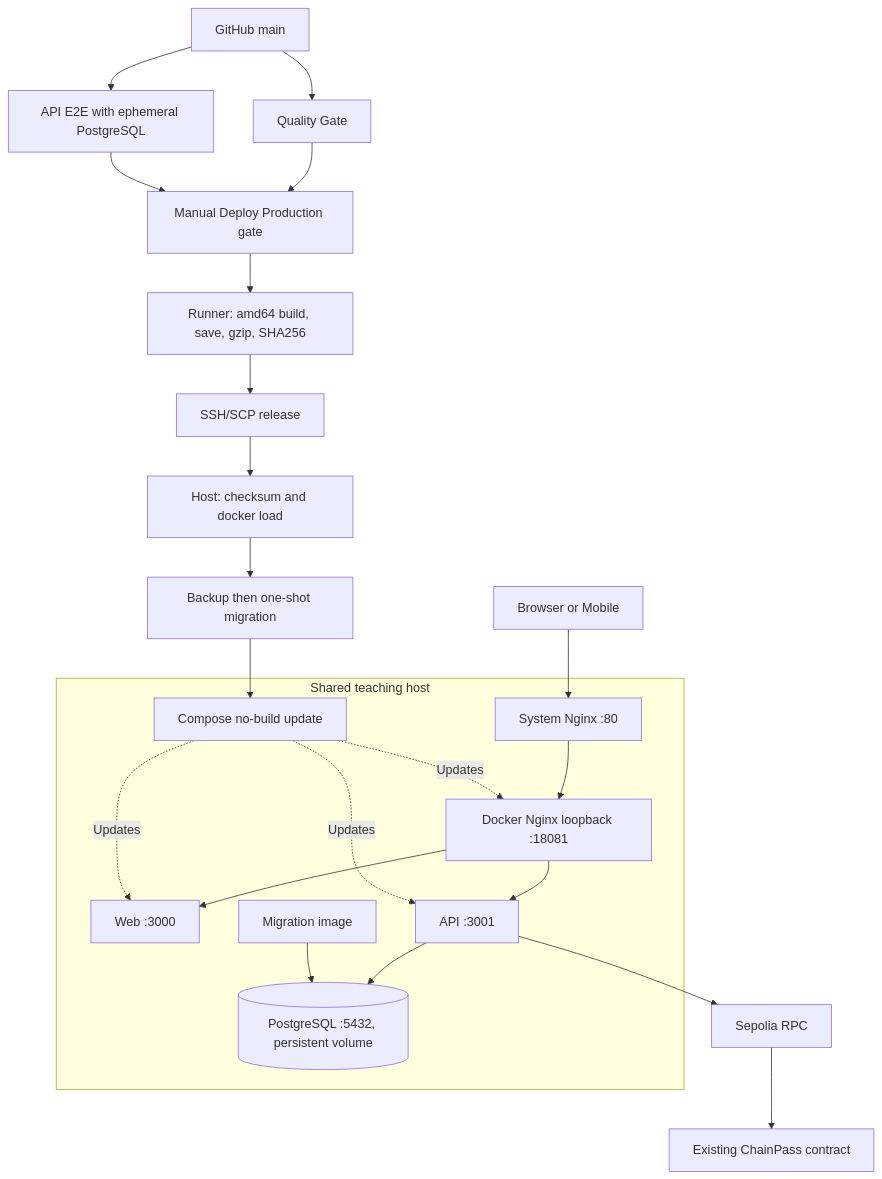
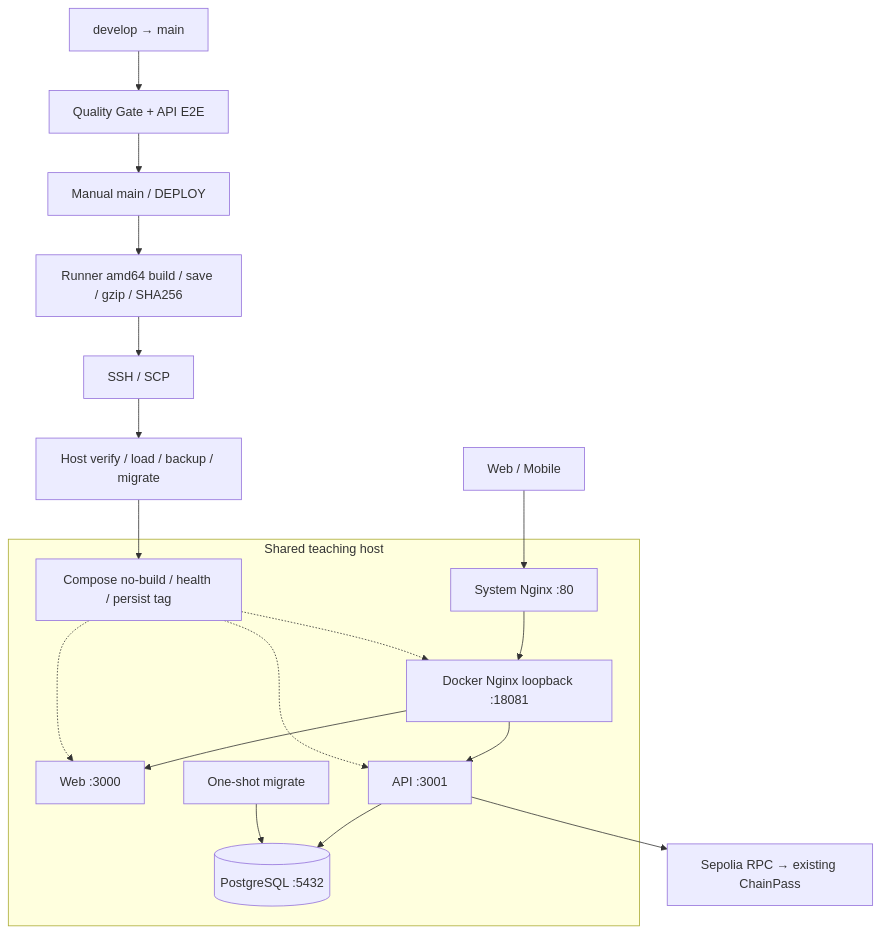
One commit to Maimai10808/chainpass changed the third of 4 diagrams in docs/ARCHITECTURE_AND_DEPLOYMENT.md. Above: the diagram before and after it, drawn with Mermaid. The commit also changed other lines of this file and 21 other files, not shown here.

````diff
--- a/docs/ARCHITECTURE_AND_DEPLOYMENT.md
+++ b/docs/ARCHITECTURE_AND_DEPLOYMENT.md
@@ -388,25 +211,21 @@
 ```mermaid
 flowchart TB
-    Git[GitHub main] --> Q[Quality Gate]
-    Git --> E[API E2E with ephemeral PostgreSQL]
-    Q --> D[Manual Deploy Production gate]
-    E --> D
-    D --> R[Runner: amd64 build, save, gzip, SHA256]
-    R --> T[SSH/SCP release]
-    T --> L[Host: checksum and docker load]
-    L --> B[Backup then one-shot migration]
-    B --> C[Compose no-build update]
-    subgraph SharedHost[Shared teaching host]
-        S[System Nginx :80] --> N[Docker Nginx loopback :18081]
-        N --> W[Web :3000]
-        N --> A[API :3001]
-        A --> P[(PostgreSQL :5432, persistent volume)]
-        M[Migration image] --> P
-        C -. Updates .-> N
-        C -. Updates .-> W
-        C -. Updates .-> A
+    Dev["develop → main"] --> CI["Quality Gate + API E2E"]
+    CI --> Gate["Manual main / DEPLOY"]
+    Gate --> R["Runner amd64 build / save / gzip / SHA256"]
+    R --> T["SSH / SCP"]
+    T --> H["Host verify / load / backup / migrate"]
+    H --> U["Compose no-build / health / persist tag"]
+    subgraph Host["Shared teaching host"]
+        S["System Nginx :80"] --> N["Docker Nginx loopback :18081"]
+        N --> W["Web :3000"]
+        N --> A["API :3001"]
+        A --> P[("PostgreSQL :5432")]
+        M["One-shot migrate"] --> P
+        U -.-> N
+        U -.-> W
+        U -.-> A
     end
-    Browser[Browser or Mobile] --> S
-    A --> RPC[Sepolia RPC]
-    RPC --> SC[Existing ChainPass contract]
+    Client["Web / Mobile"] --> S
+    A --> Chain["Sepolia RPC → existing ChainPass"]
 ```
````
